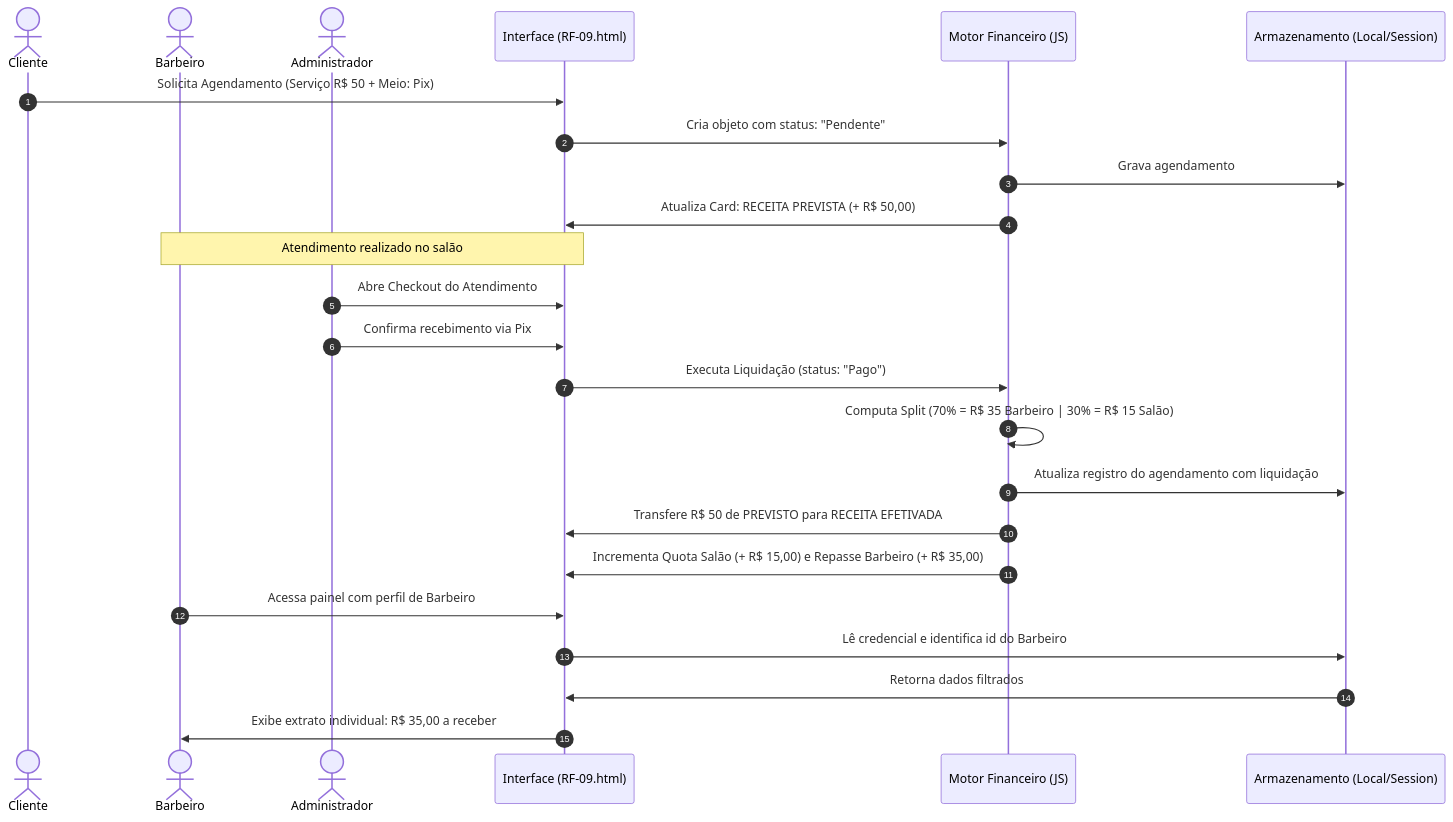
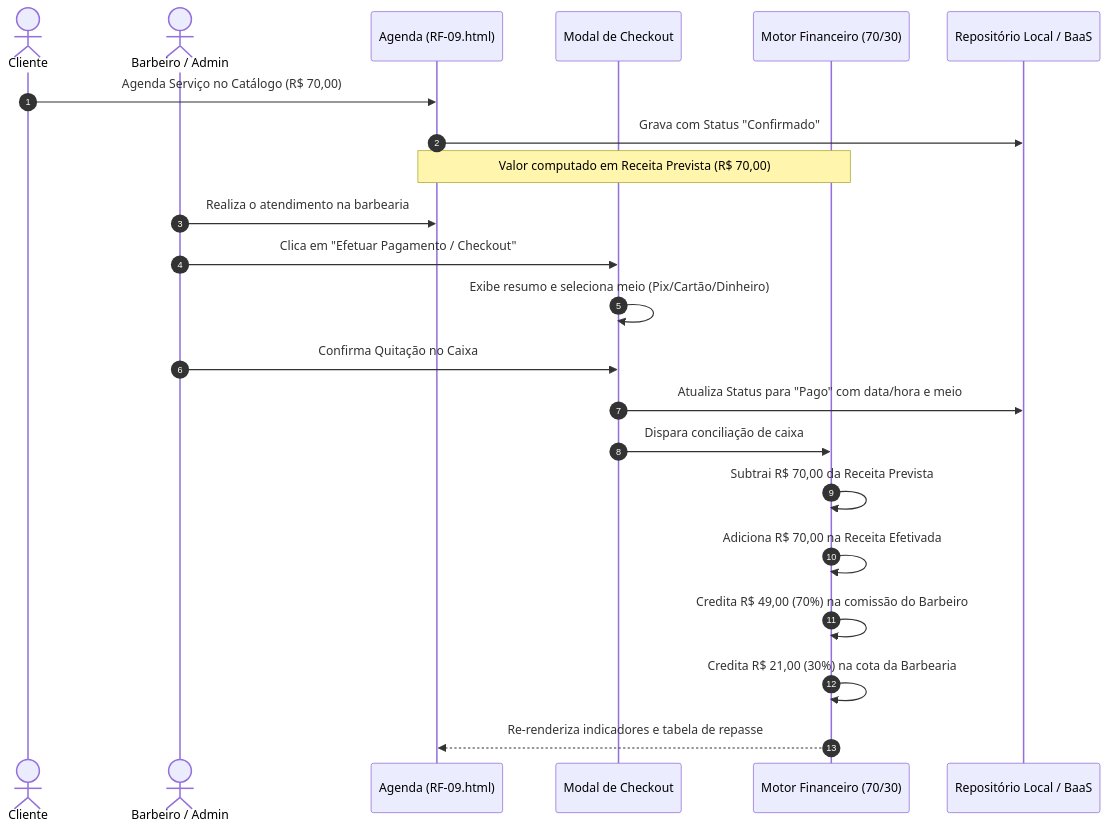
One commit to Kauandsouza-dev/Sistema-de-Gestao-de-Barbearia changed the diagram in docs/requisitos-semanais/SEMANA-09/RF-009-gestao-de-pagamentos-e-fluxo-financeiro.md. Above: the diagram before and after it, drawn with Mermaid. The commit also changed other lines of this file and 1 other file, not shown here.

Commit message:
fix(rbac): ocultacao estrita de receita para cliente e refino documental v14.3

````diff
--- a/docs/requisitos-semanais/SEMANA-09/RF-009-gestao-de-pagamentos-e-fluxo-financeiro.md
+++ b/docs/requisitos-semanais/SEMANA-09/RF-009-gestao-de-pagamentos-e-fluxo-financeiro.md
@@ -413,30 +292,25 @@
 ```mermaid
 sequenceDiagram
     autonumber
-    actor C as Cliente
-    actor B as Barbeiro
-    actor A as Administrador
-    participant UI as Interface (RF-09.html)
-    participant Engine as Motor Financeiro (JS)
-    participant Storage as Armazenamento (Local/Session)
+    actor Cliente as Cliente
+    actor Barbeiro as Barbeiro / Admin
+    participant Agenda as Agenda (RF-09.html)
+    participant Checkout as Modal de Checkout
+    participant Financeiro as Motor Financeiro (70/30)
+    participant Storage as Repositório Local / BaaS
 
-    C->>UI: Solicita Agendamento (Serviço R$ 50 + Meio: Pix)
-    UI->>Engine: Cria objeto com status: "Pendente"
-    Engine->>Storage: Grava agendamento
-    Engine->>UI: Atualiza Card: RECEITA PREVISTA (+ R$ 50,00)
-    
-    Note over B,UI: Atendimento realizado no salão
-    
-    A->>UI: Abre Checkout do Atendimento
-    A->>UI: Confirma recebimento via Pix
-    UI->>Engine: Executa Liquidação (status: "Pago")
-    Engine->>Engine: Computa Split (70% = R$ 35 Barbeiro | 30% = R$ 15 Salão)
-    Engine->>Storage: Atualiza registro do agendamento com liquidação
-    Engine->>UI: Transfere R$ 50 de PREVISTO para RECEITA EFETIVADA
-    Engine->>UI: Incrementa Quota Salão (+ R$ 15,00) e Repasse Barbeiro (+ R$ 35,00)
-    
-    B->>UI: Acessa painel com perfil de Barbeiro
-    UI->>Storage: Lê credencial e identifica id do Barbeiro
-    Storage->>UI: Retorna dados filtrados
-    UI->>B: Exibe extrato individual: R$ 35,00 a receber
+    Cliente->>Agenda: Agenda Serviço no Catálogo (R$ 70,00)
+    Agenda->>Storage: Grava com Status "Confirmado"
+    Note over Agenda,Financeiro: Valor computado em Receita Prevista (R$ 70,00)
+    Barbeiro->>Agenda: Realiza o atendimento na barbearia
+    Barbeiro->>Checkout: Clica em "Efetuar Pagamento / Checkout"
+    Checkout->>Checkout: Exibe resumo e seleciona meio (Pix/Cartão/Dinheiro)
+    Barbeiro->>Checkout: Confirma Quitação no Caixa
+    Checkout->>Storage: Atualiza Status para "Pago" com data/hora e meio
+    Checkout->>Financeiro: Dispara conciliação de caixa
+    Financeiro->>Financeiro: Subtrai R$ 70,00 da Receita Prevista
+    Financeiro->>Financeiro: Adiciona R$ 70,00 na Receita Efetivada
+    Financeiro->>Financeiro: Credita R$ 49,00 (70%) na comissão do Barbeiro
+    Financeiro->>Financeiro: Credita R$ 21,00 (30%) na cota da Barbearia
+    Financeiro-->>Agenda: Re-renderiza indicadores e tabela de repasse
 ```
````
